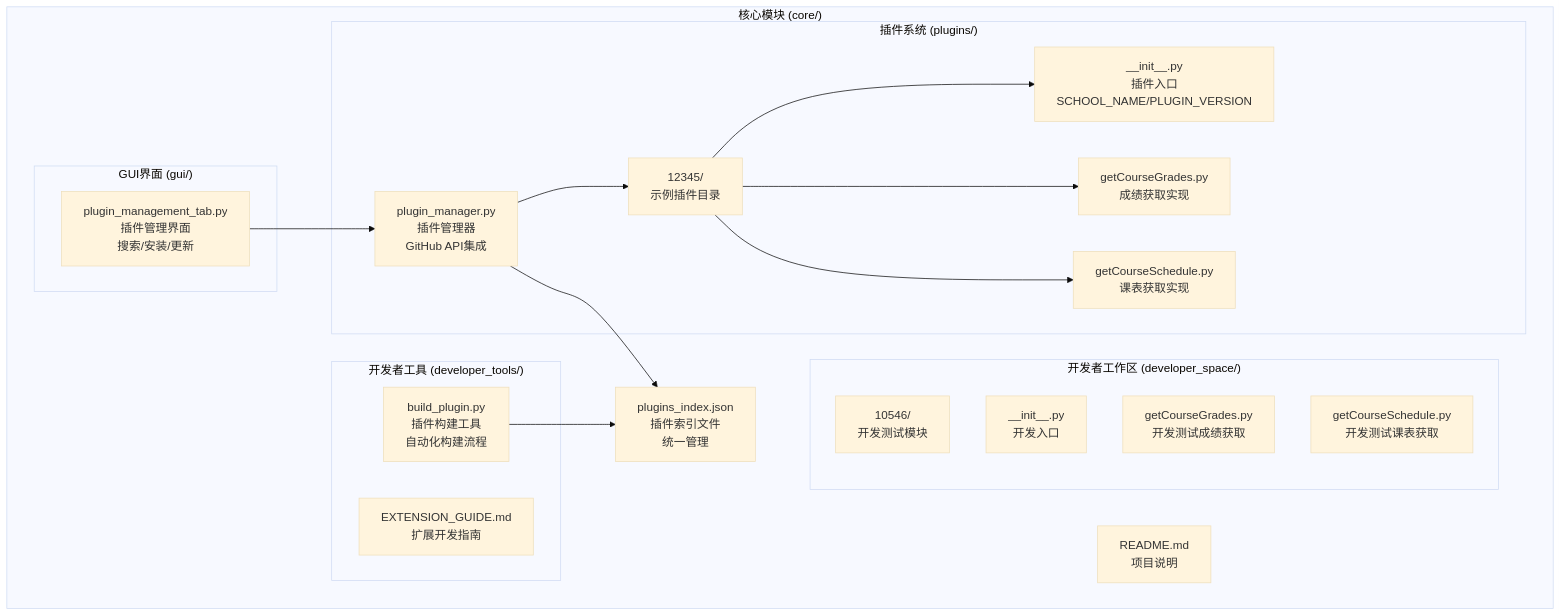
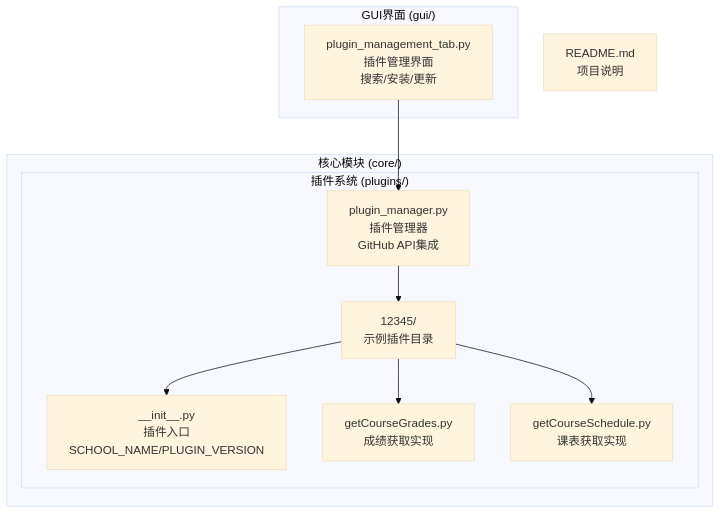
One commit to pjnt9372/Capture_Push changed the first of 2 diagrams in .wiki/zh/content/院校模块系统/院校模块系统.md. Above: the diagram before and after it, drawn with Mermaid (base theme). The commit also changed other lines of this file and 37 other files, not shown here.

````diff
--- a/.wiki/zh/content/院校模块系统/院校模块系统.md
+++ b/.wiki/zh/content/院校模块系统/院校模块系统.md
@@ -56,34 +50,24 @@
 ```mermaid
 graph TB
 subgraph "核心模块 (core/)"
 subgraph "插件系统 (plugins/)"
 PluginManager[plugin_manager.py<br/>插件管理器<br/>GitHub API集成]
 Plugin12345[12345/<br/>示例插件目录]
 PluginInit[__init__.py<br/>插件入口<br/>SCHOOL_NAME/PLUGIN_VERSION]
 GradesPy[getCourseGrades.py<br/>成绩获取实现]
 SchedulePy[getCourseSchedule.py<br/>课表获取实现]
 end
-subgraph "开发者工具 (developer_tools/)"
-BuildPlugin[build_plugin.py<br/>插件构建工具<br/>自动化构建流程]
-ExtGuide[EXTENSION_GUIDE.md<br/>扩展开发指南]
 end
-subgraph "开发者工作区 (developer_space/)"
-Dev10546[10546/<br/>开发测试模块]
-DevInit[__init__.py<br/>开发入口]
-DevGrades[getCourseGrades.py<br/>开发测试成绩获取]
-DevSchedule[getCourseSchedule.py<br/>开发测试课表获取]
-end
+
 subgraph "GUI界面 (gui/)"
 PluginTab[plugin_management_tab.py<br/>插件管理界面<br/>搜索/安装/更新]
 end
-PluginsIndex[plugins_index.json<br/>插件索引文件<br/>统一管理]
+
 README[README.md<br/>项目说明]
-end
+
 PluginManager --> Plugin12345
-PluginManager --> PluginsIndex
 Plugin12345 --> PluginInit
 Plugin12345 --> GradesPy
 Plugin12345 --> SchedulePy
 PluginTab --> PluginManager
-BuildPlugin --> PluginsIndex
 ```
````
